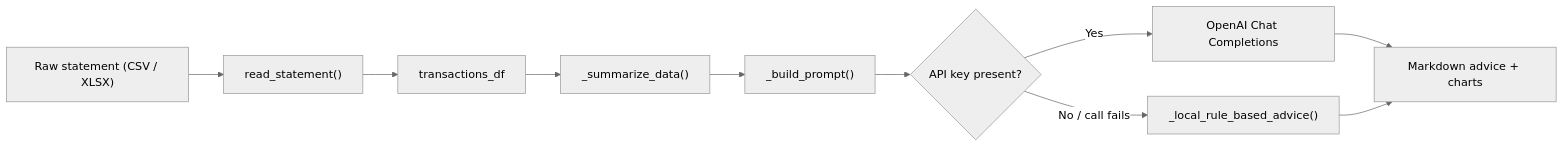
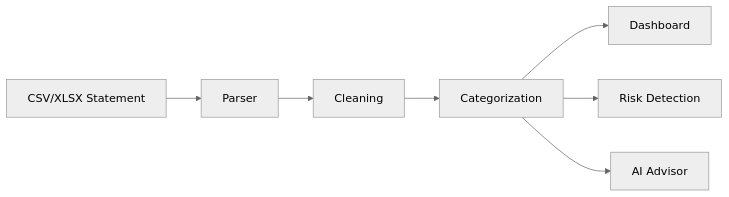
Before and after one commit to Rakhal06/ABM-AI-Powered-Budget-Monitor: the diagram in README.md, drawn with Mermaid (neutral theme). The commit also changed other lines of this file and 37 other files, not shown here.

````diff
--- a/README.md
+++ b/README.md
@@ -308,12 +87,11 @@
 ```mermaid
 flowchart LR
-    A["Raw statement (CSV / XLSX)"] --> B["read_statement()"]
-    B --> C["transactions_df"]
-    C --> D["_summarize_data()"]
-    D --> E["_build_prompt()"]
-    E --> F{"API key present?"}
-    F -- "Yes" --> G["OpenAI Chat Completions"]
-    F -- "No / call fails" --> H["_local_rule_based_advice()"]
-    G --> I["Markdown advice + charts"]
-    H --> I
+A[CSV/XLSX Statement]
+-->B[Parser]
+-->C[Cleaning]
+-->D[Categorization]
+
+D-->E[Dashboard]
+D-->F[Risk Detection]
+D-->G[AI Advisor]
 ```
````
